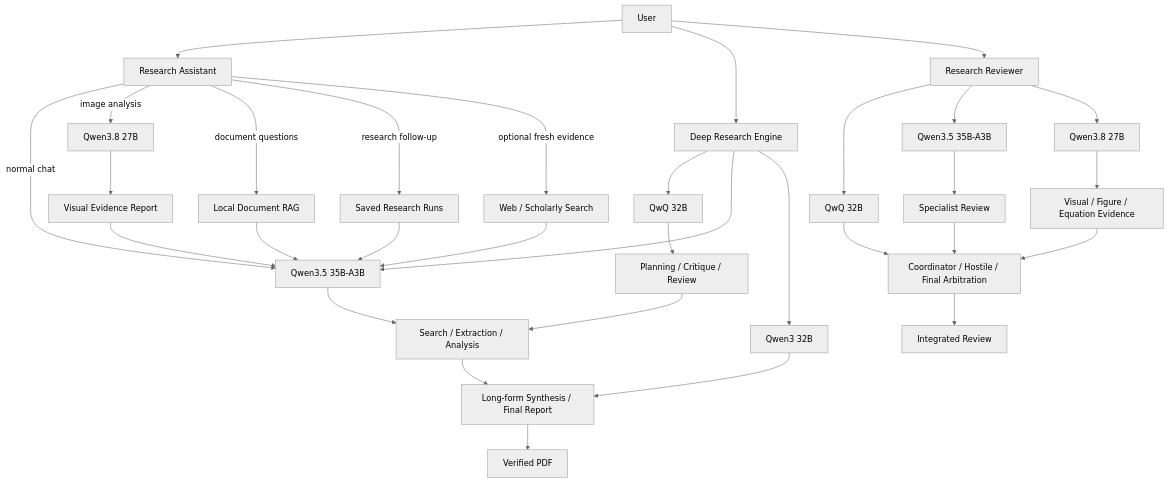
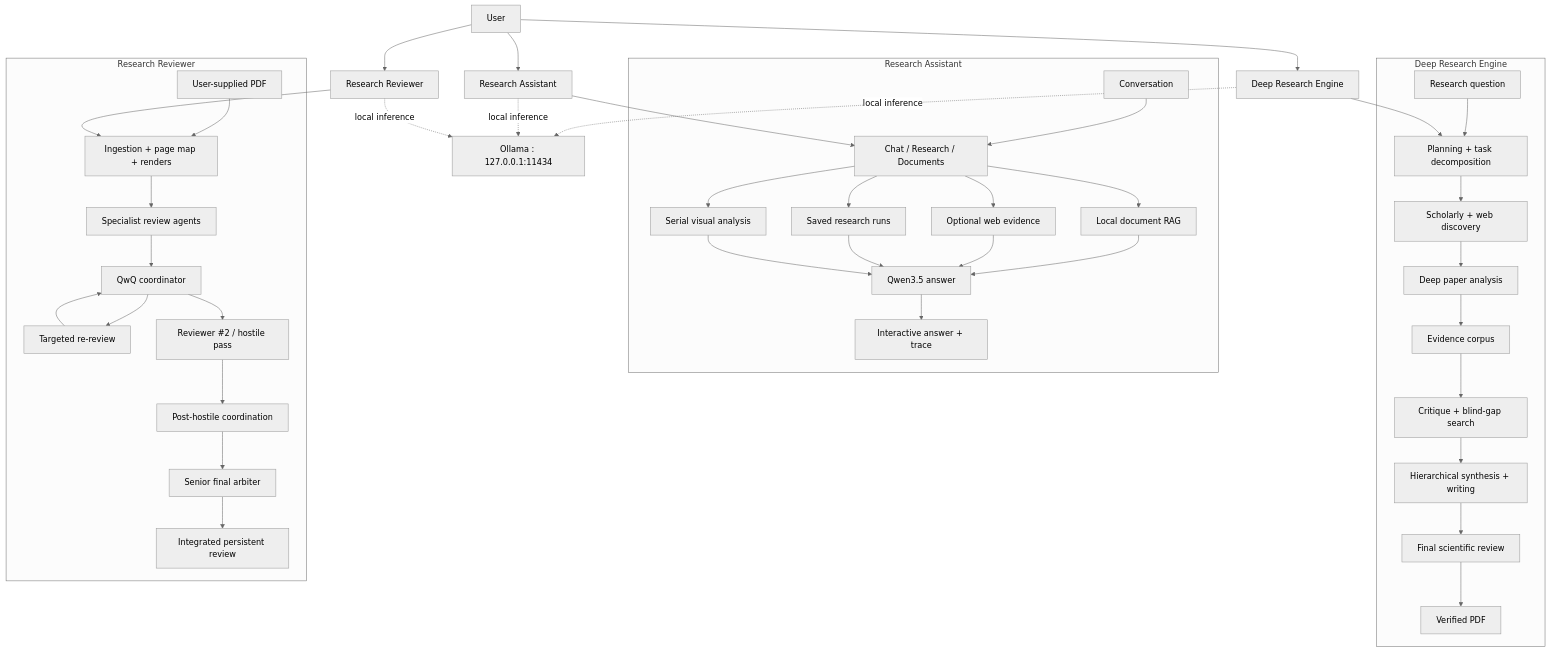
One commit to CRB20/deep_research_engine changed the first of 18 diagrams in README.md. Above: the diagram before and after it, drawn with Mermaid (neutral theme). The commit also changed other lines of this file, not shown here.

````diff
--- a/README.md
+++ b/README.md
@@ -137,41 +137,50 @@
 ```mermaid
 flowchart TB
-    U[User] --> RA[Research Assistant]
-    U --> DRE[Deep Research Engine]
+    U[User] --> DRE[Deep Research Engine]
+    U --> RA[Research Assistant]
     U --> RR[Research Reviewer]
 
-    RA -->|normal chat| Q35[Qwen3.5 35B-A3B]
-    RA -->|image analysis| VISION[Qwen3.8 27B]
-    RA -->|document questions| RAG[Local Document RAG]
-    RA -->|research follow-up| DB[Saved Research Runs]
-    RA -->|optional fresh evidence| WEB[Web / Scholarly Search]
+    subgraph D[Deep Research Engine]
+        DQ[Research question] --> DP[Planning + task decomposition]
+        DP --> DS[Scholarly + web discovery]
+        DS --> DE[Deep paper analysis]
+        DE --> DC[Evidence corpus]
+        DC --> DG[Critique + blind-gap search]
+        DG --> DW[Hierarchical synthesis + writing]
+        DW --> DPFD[Final scientific review]
+        DPFD --> PDF[Verified PDF]
+    end
 
-    VISION --> VE[Visual Evidence Report]
-    VE --> Q35
+    subgraph A[Research Assistant]
+        AQ[Conversation] --> AI[Chat / Research / Documents]
+        AI --> ARAG[Local document RAG]
+        AI --> AWEB[Optional web evidence]
+        AI --> ADB[Saved research runs]
+        AI --> AV[Serial visual analysis]
+        ARAG --> AA[Qwen3.5 answer]
+        AWEB --> AA
+        ADB --> AA
+        AV --> AA
+        AA --> AOUT[Interactive answer + trace]
+    end
 
-    RAG --> Q35
-    DB --> Q35
-    WEB --> Q35
+    subgraph R[Research Reviewer]
+        RPDF[User-supplied PDF] --> RI[Ingestion + page map + renders]
+        RI --> RS[Specialist review agents]
+        RS --> RC[QwQ coordinator]
+        RC --> RT[Targeted re-review]
+        RT --> RC
+        RC --> RH[Reviewer #2 / hostile pass]
+        RH --> RA2[Post-hostile coordination]
+        RA2 --> RF[Senior final arbiter]
+        RF --> ROUT[Integrated persistent review]
+    end
 
-    DRE --> QWQ[QwQ 32B]
-    DRE --> Q35
-    DRE --> QWEN32[Qwen3 32B]
+    DRE --> DP
+    RA --> AI
+    RR --> RI
 
-    QWQ --> PLAN[Planning / Critique / Review]
-    Q35 --> DISC[Search / Extraction / Analysis]
-    QWEN32 --> SYNTH[Long-form Synthesis / Final Report]
-
-    PLAN --> DISC
-    DISC --> SYNTH
-    SYNTH --> PDF[Verified PDF]
-
-    RR --> QWQR[QwQ 32B]
-    RR --> Q35R[Qwen3.5 35B-A3B]
-    RR --> Q38R[Qwen3.8 27B]
-    QWQR --> COORD[Coordinator / Hostile / Final Arbitration]
-    Q35R --> SPEC[Specialist Review]
-    Q38R --> VIS[Visual / Figure / Equation Evidence]
-    SPEC --> COORD
-    VIS --> COORD
-    COORD --> REVIEW[Integrated Review]
+    DRE -. local inference .-> O[Ollama : 127.0.0.1:11434]
+    RA -. local inference .-> O
+    RR -. local inference .-> O
 ```
````
